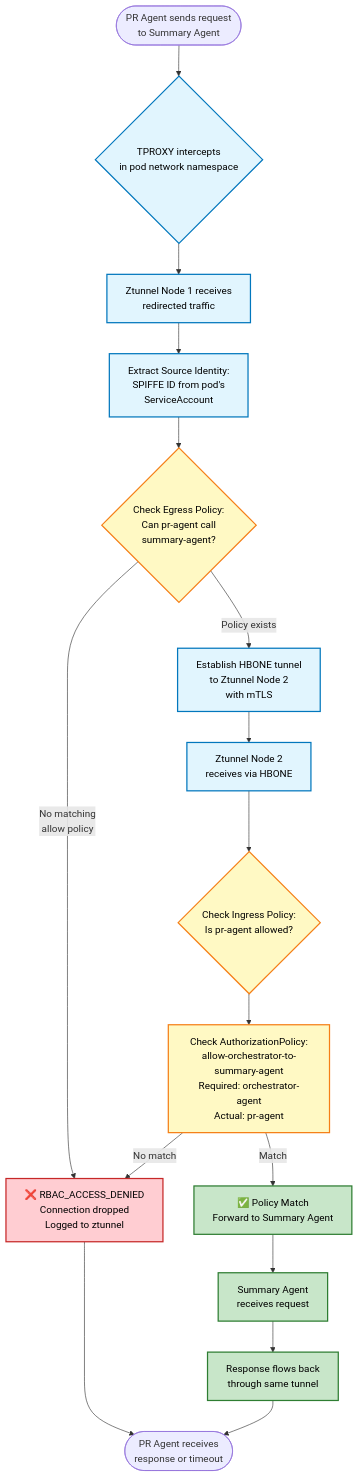
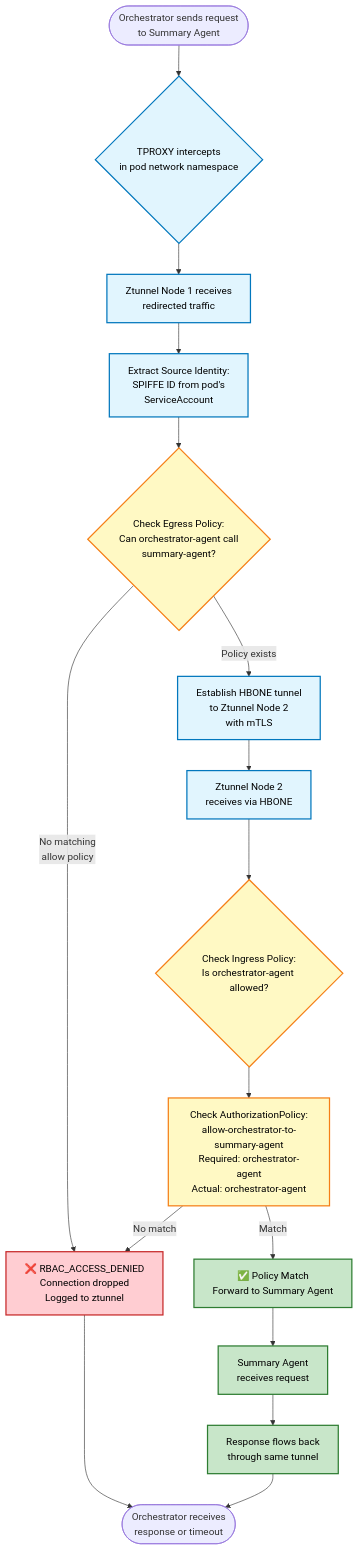
Before and after one commit to Mirantis/agensys-codereview-demo: the fourth of 13 diagrams in policies/diagrams.md, drawn with Mermaid.

````diff
--- a/policies/diagrams.md
+++ b/policies/diagrams.md
@@ -231,61 +231,61 @@
 ```mermaid
 flowchart TB
-    START([PR Agent sends request<br/>to Summary Agent])
+    START([Orchestrator sends request<br/>to Summary Agent])
     
     TPROXY{TPROXY intercepts<br/>in pod network namespace}
     
     ZT1_RCV[Ztunnel Node 1 receives<br/>redirected traffic]
     
     EXTRACT[Extract Source Identity:<br/>SPIFFE ID from pod's<br/>ServiceAccount]
     
-    EGRESS_POL{Check Egress Policy:<br/>Can pr-agent call<br/>summary-agent?}
+    EGRESS_POL{Check Egress Policy:<br/>Can orchestrator-agent call<br/>summary-agent?}
     
     HBONE[Establish HBONE tunnel<br/>to Ztunnel Node 2<br/>with mTLS]
     
     ZT2_RCV[Ztunnel Node 2<br/>receives via HBONE]
     
-    INGRESS_POL{Check Ingress Policy:<br/>Is pr-agent allowed?}
+    INGRESS_POL{Check Ingress Policy:<br/>Is orchestrator-agent allowed?}
     
-    AUTHZ_CHECK[Check AuthorizationPolicy:<br/>allow-orchestrator-to-summary-agent<br/>Required: orchestrator-agent<br/>Actual: pr-agent]
+    AUTHZ_CHECK[Check AuthorizationPolicy:<br/>allow-orchestrator-to-summary-agent<br/>Required: orchestrator-agent<br/>Actual: orchestrator-agent]
     
     DENY[❌ RBAC_ACCESS_DENIED<br/>Connection dropped<br/>Logged to ztunnel]
     
     ALLOW[✅ Policy Match<br/>Forward to Summary Agent]
     
     APP_RCV[Summary Agent<br/>receives request]
     
     RESPONSE[Response flows back<br/>through same tunnel]
     
-    END([PR Agent receives<br/>response or timeout])
+    END([Orchestrator receives<br/>response or timeout])
 
     START --> TPROXY
     TPROXY --> ZT1_RCV
     ZT1_RCV --> EXTRACT
     EXTRACT --> EGRESS_POL
     
     EGRESS_POL -->|No matching<br/>allow policy| DENY
     EGRESS_POL -->|Policy exists| HBONE
     
     HBONE --> ZT2_RCV
     ZT2_RCV --> INGRESS_POL
     
     INGRESS_POL --> AUTHZ_CHECK
     AUTHZ_CHECK -->|No match| DENY
     AUTHZ_CHECK -->|Match| ALLOW
     
     ALLOW --> APP_RCV
     APP_RCV --> RESPONSE
     RESPONSE --> END
     
     DENY --> END
 
     classDef success fill:#c8e6c9,stroke:#2e7d32,stroke-width:2px,color:#000
     classDef failure fill:#ffcdd2,stroke:#c62828,stroke-width:2px,color:#000
     classDef check fill:#fff9c4,stroke:#f57f17,stroke-width:2px,color:#000
     classDef process fill:#e1f5fe,stroke:#0277bd,stroke-width:2px,color:#000
 
     class ALLOW,APP_RCV,RESPONSE success
     class DENY failure
     class EGRESS_POL,INGRESS_POL,AUTHZ_CHECK check
     class TPROXY,ZT1_RCV,EXTRACT,HBONE,ZT2_RCV process
 ```
````
